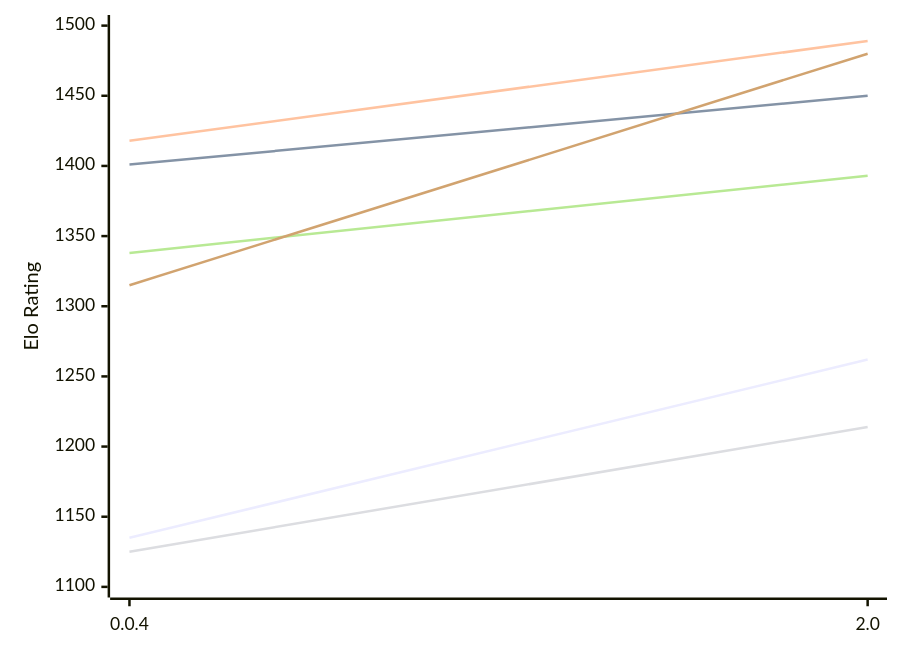
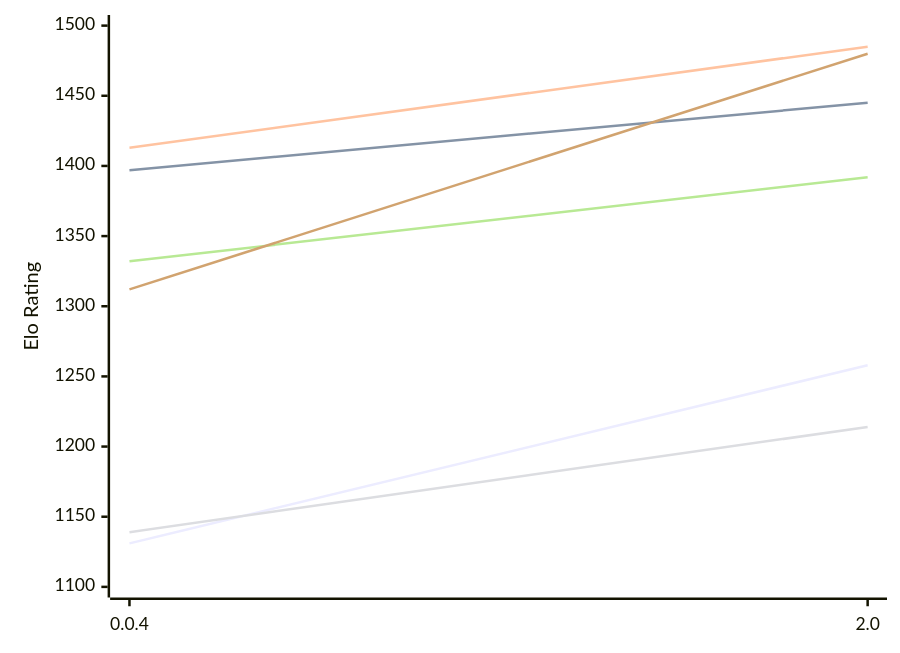
One commit to computer-chess-index/cci changed the first of 2 diagrams in engines/Oops!Mate.md. Above: the diagram before and after it, drawn with Mermaid. The commit also changed other lines of this file, not shown here.

Commit message:
Update CCI Ratings (ELO VLTC) - 2026-11-21

````diff
--- a/engines/Oops!Mate.md
+++ b/engines/Oops!Mate.md
@@ -50,12 +50,12 @@
 ```mermaid
 %%{init: {"theme":"base","themeVariables":{"seriesColors:['#a3a3a3','#222221','#faa371']}}}%%
 xychart-beta
   x-axis ["0.0.4", "2.0"]
   y-axis "Elo Rating" 1100 --> 1500
-  line "E1: STC (8.0+0.08s)" [1135, 1262]
-  line "E1: LTC (60.0+0.60s)" [1401, 1450]
-  line "E1: VLTC (2m24s+1.12s)" [1418, 1489]
-  line "P1: STC (8.0+0.08s)" [1125, 1214]
-  line "P1: LTC (60.0+0.60s)" [1338, 1393]
-  line "P1: VLTC (2m24s+1.12s)" [1315, 1480]
+  line "E1: STC (8.0+0.08s)" [1131, 1258]
+  line "E1: LTC (60.0+0.60s)" [1397, 1445]
+  line "E1: VLTC (2m24s+1.12s)" [1413, 1485]
+  line "P1: STC (8.0+0.08s)" [1139, 1214]
+  line "P1: LTC (60.0+0.60s)" [1332, 1392]
+  line "P1: VLTC (2m24s+1.12s)" [1312, 1480]
 ```
````
